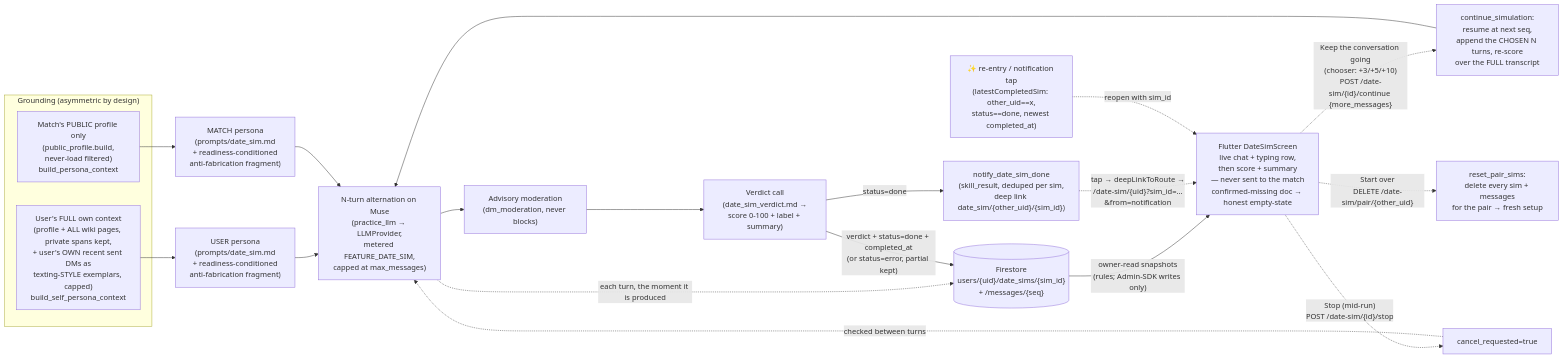
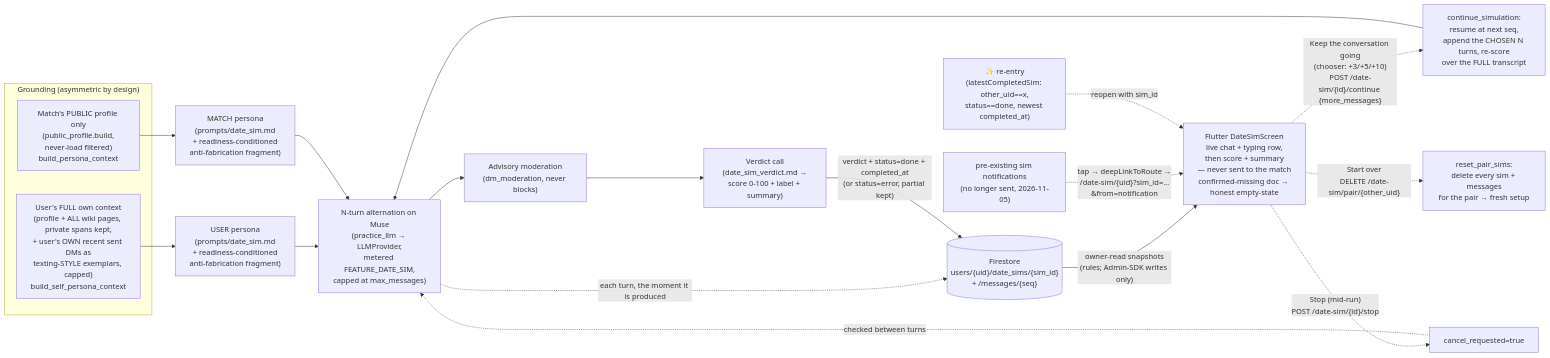
Diagram 12 of 14 in docs/ARCHITECTURE.md (suhailps93/ayma-v2), drawn with Mermaid before and after one commit. The commit also changed other lines of this file and 13 other files, not shown here.

First line of the commit message:
fix(catalog,sim): hide inactive Cartesia from selection lists; no notification for sim reports (2292)

````diff
--- a/docs/ARCHITECTURE.md
+++ b/docs/ARCHITECTURE.md
@@ -2443,23 +2443,22 @@
 ```mermaid
 flowchart LR
   subgraph grounding["Grounding (asymmetric by design)"]
     U["User's FULL own context<br/>(profile + ALL wiki pages, private spans kept,<br/>+ user's OWN recent sent DMs as<br/>texting-STYLE exemplars, capped)<br/>build_self_persona_context"]
     M["Match's PUBLIC profile only<br/>(public_profile.build,<br/>never-load filtered)<br/>build_persona_context"]
   end
   U --> P1["USER persona<br/>(prompts/date_sim.md<br/>+ readiness-conditioned<br/>anti-fabrication fragment)"]
   M --> P2["MATCH persona<br/>(prompts/date_sim.md<br/>+ readiness-conditioned<br/>anti-fabrication fragment)"]
   P1 & P2 --> LOOP["N-turn alternation on Muse<br/>(practice_llm → LLMProvider,<br/>metered FEATURE_DATE_SIM,<br/>capped at max_messages)"]
   LOOP --> MOD["Advisory moderation<br/>(dm_moderation, never blocks)"]
   MOD --> V["Verdict call<br/>(date_sim_verdict.md →<br/>score 0-100 + label + summary)"]
   LOOP -. "each turn, the moment it is produced" .-> FS[("Firestore<br/>users/{uid}/date_sims/{sim_id}<br/>+ /messages/{seq}")]
   V -- "verdict + status=done + completed_at<br/>(or status=error, partial kept)" --> FS
-  V -- "status=done" --> NOTIF["notify_date_sim_done<br/>(skill_result, deduped per sim,<br/>deep link date_sim/{other_uid}/{sim_id})"]
   FS -- "owner-read snapshots<br/>(rules; Admin-SDK writes only)" --> UI["Flutter DateSimScreen<br/>live chat + typing row,<br/>then score + summary<br/>— never sent to the match<br/>confirmed-missing doc → honest empty-state"]
-  NOTIF -. "tap → deepLinkToRoute →<br/>/date-sim/{uid}?sim_id=…&from=notification" .-> UI
-  REOPEN["✨ re-entry / notification tap<br/>(latestCompletedSim: other_uid==x,<br/>status==done, newest completed_at)"] -. "reopen with sim_id" .-> UI
+  LEGACY["pre-existing sim notifications<br/>(no longer sent, 2026-11-05)"] -. "tap → deepLinkToRoute →<br/>/date-sim/{uid}?sim_id=…&from=notification" .-> UI
+  REOPEN["✨ re-entry<br/>(latestCompletedSim: other_uid==x,<br/>status==done, newest completed_at)"] -. "reopen with sim_id" .-> UI
   UI -. "Keep the conversation going<br/>(chooser: +3/+5/+10)<br/>POST /date-sim/{id}/continue {more_messages}" .-> CONT["continue_simulation:<br/>resume at next seq,<br/>append the CHOSEN N turns, re-score<br/>over the FULL transcript"]
   CONT --> LOOP
   UI -. "Stop (mid-run)<br/>POST /date-sim/{id}/stop" .-> STOP["cancel_requested=true"]
   STOP -. "checked between turns" .-> LOOP
   UI -. "Start over<br/>DELETE /date-sim/pair/{other_uid}" .-> RESET["reset_pair_sims:<br/>delete every sim + messages<br/>for the pair → fresh setup"]
 ```
````
